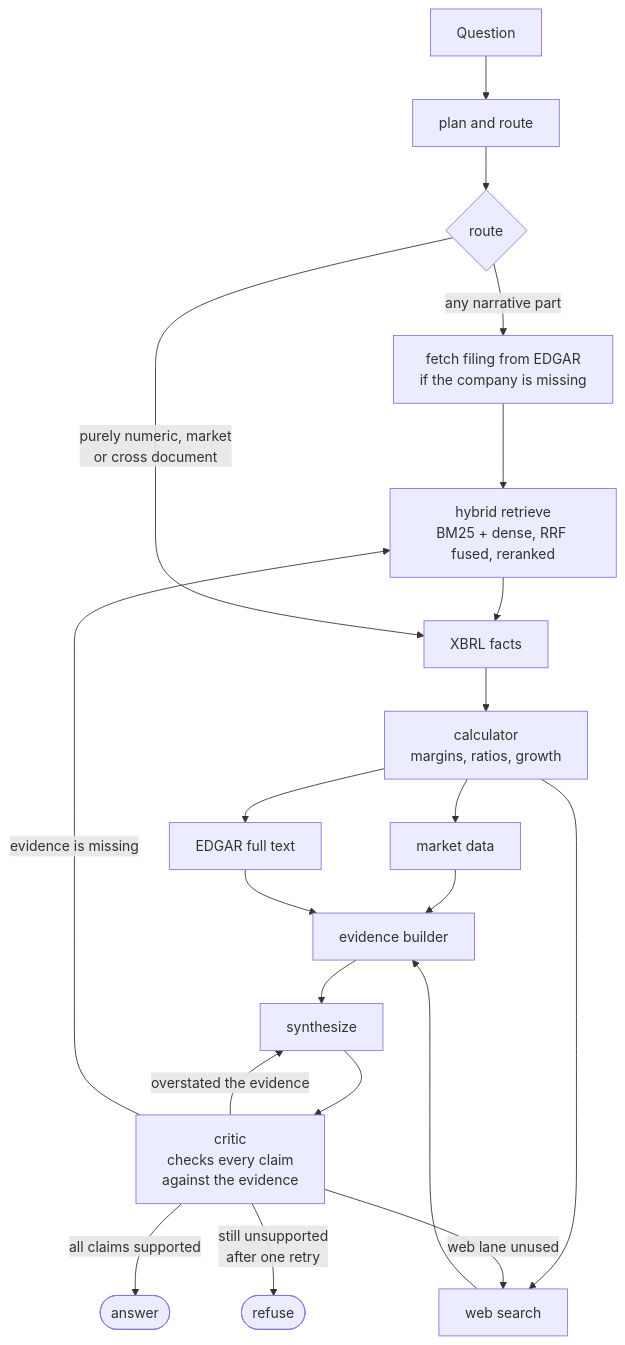
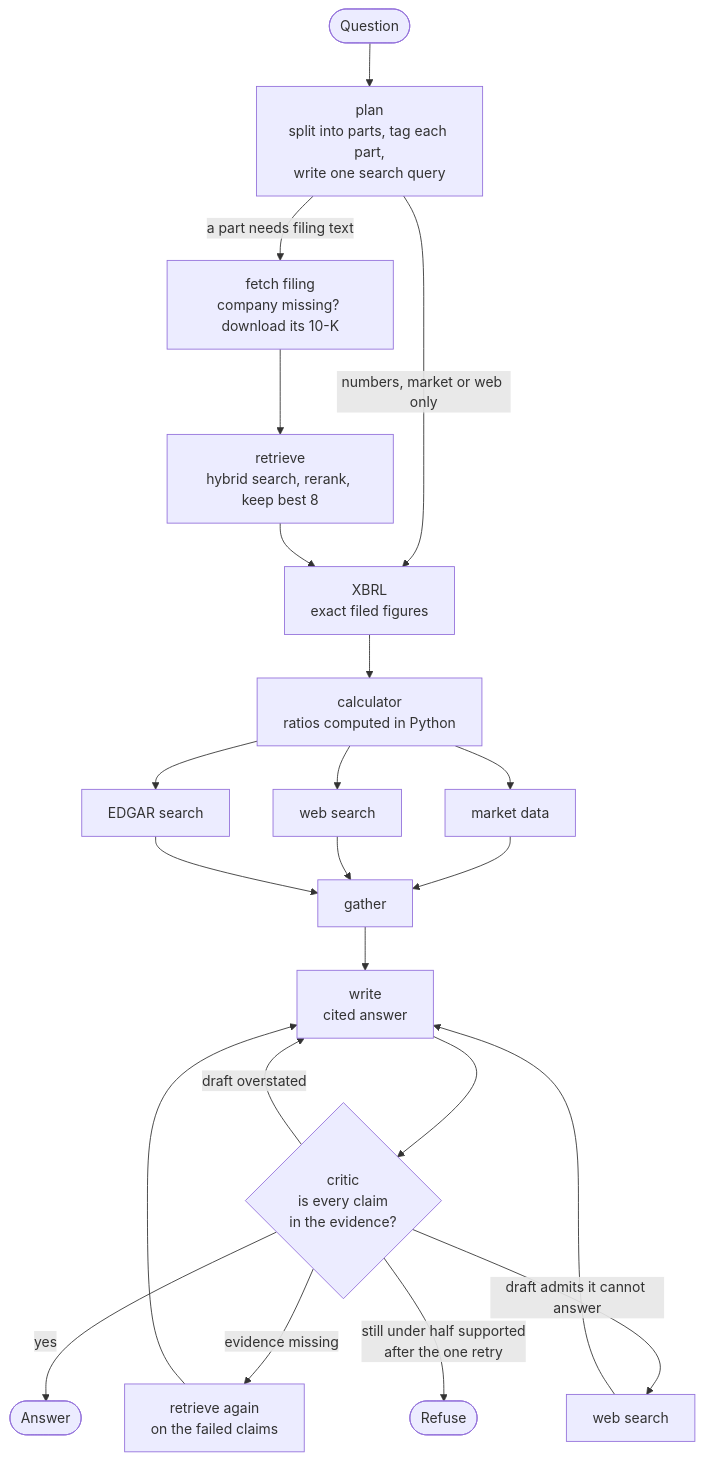
Before and after one commit to sarthakg004/Bharat-Fin-Agent: the first of 2 diagrams in README.md, drawn with Mermaid. The commit also changed other lines of this file and 3 other files, not shown here.

First line of the commit message:
docs+deploy: README with architecture diagrams; image without Docling

````diff
--- a/README.md
+++ b/README.md
@@ -41,28 +26,22 @@
 ```mermaid
 flowchart TD
-    Q[Question] --> P[plan and route]
-    P --> D{route}
-
-    D -->|any narrative part| F[fetch filing from EDGAR<br/>if the company is missing]
-    F --> R[hybrid retrieve<br/>BM25 + dense, RRF fused, reranked]
-    R --> X
-    D -->|purely numeric, market<br/>or cross document| X[XBRL facts]
-
-    X --> C[calculator<br/>margins, ratios, growth]
+    Q([Question]) --> P[plan<br/>split into parts, tag each part,<br/>write one search query]
+    P -->|a part needs filing text| F[fetch filing<br/>company missing? download its 10-K]
+    F --> R[retrieve<br/>hybrid search, rerank, keep best 8]
+    P -->|numbers, market or web only| X
+    R --> X[XBRL<br/>exact filed figures]
+    X --> C[calculator<br/>ratios computed in Python]
     C --> M[market data]
     C --> W[web search]
-    C --> E[EDGAR full text]
-
-    M --> B[evidence builder]
-    W --> B
-    E --> B
-
-    B --> S[synthesize]
-    S --> K[critic<br/>checks every claim<br/>against the evidence]
-
-    K -->|all claims supported| DONE([answer])
-    K -->|overstated the evidence| S
-    K -->|evidence is missing| R
-    K -->|web lane unused| W
-    K -->|still unsupported<br/>after one retry| REF([refuse])
+    C --> E[EDGAR search]
+    M --> G[gather]
+    W --> G
+    E --> G
+    G --> S[write<br/>cited answer]
+    S --> K{critic<br/>is every claim<br/>in the evidence?}
+    K -->|yes| A([Answer])
+    K -->|draft overstated| S
+    K -->|evidence missing| R2[retrieve again<br/>on the failed claims] --> S
+    K -->|draft admits it cannot answer| W2[web search] --> S
+    K -->|still under half supported<br/>after the one retry| X2([Refuse])
 ```
````
